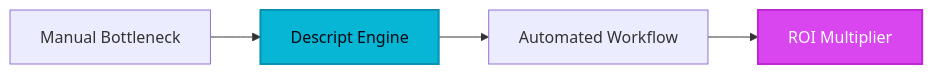
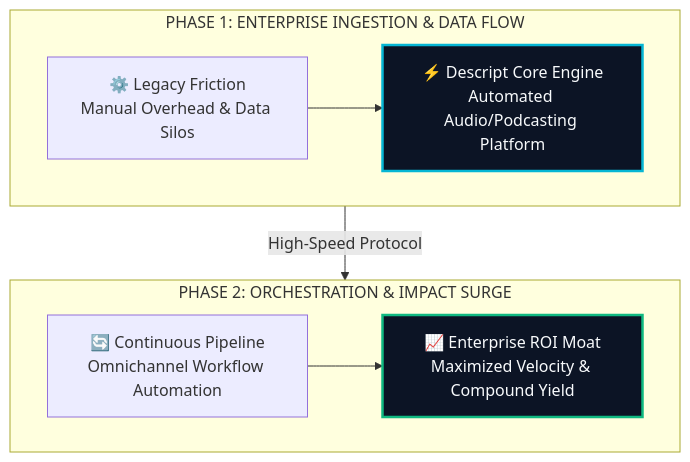
One commit to heliatech-media/saas-radar changed the diagram in site/src/content/blog/descript-evolution-guide-2026.md. Above: the diagram before and after it, drawn with Mermaid. The commit also changed 97 other files, not shown here.

First line of the commit message:
feat(diagrams): upgrade all article architecture schemas to high-impact 2-tier responsive vector blueprints

````diff
--- a/site/src/content/blog/descript-evolution-guide-2026.md
+++ b/site/src/content/blog/descript-evolution-guide-2026.md
@@ -51,8 +51,14 @@
 ```mermaid
-flowchart LR
-    A[Manual Bottleneck] --> B[Descript Engine]
-    B --> C[Automated Workflow]
-    C --> D[ROI Multiplier]
-    style B fill:#06b6d4,stroke:#0891b2,stroke-width:2px,color:#030712
-    style D fill:#d946ef,stroke:#c026d3,stroke-width:2px,color:#ffffff
+flowchart TD
+    subgraph S1["PHASE 1: ENTERPRISE INGESTION & DATA FLOW"]
+        direction LR
+        A["⚙️ Legacy Friction<br/>Manual Overhead & Data Silos"] --> B["⚡ Descript Core Engine<br/>Automated Audio/Podcasting Platform"]
+    end
+    subgraph S2["PHASE 2: ORCHESTRATION & IMPACT SURGE"]
+        direction LR
+        C["🔄 Continuous Pipeline<br/>Omnichannel Workflow Automation"] --> D["📈 Enterprise ROI Moat<br/>Maximized Velocity & Compound Yield"]
+    end
+    S1 -->|High-Speed Protocol| S2
+    style B fill:#0c1425,stroke:#06b6d4,stroke-width:2.5px,color:#f8fafc
+    style D fill:#0c1425,stroke:#10b981,stroke-width:2.5px,color:#f8fafc
 ```
````
